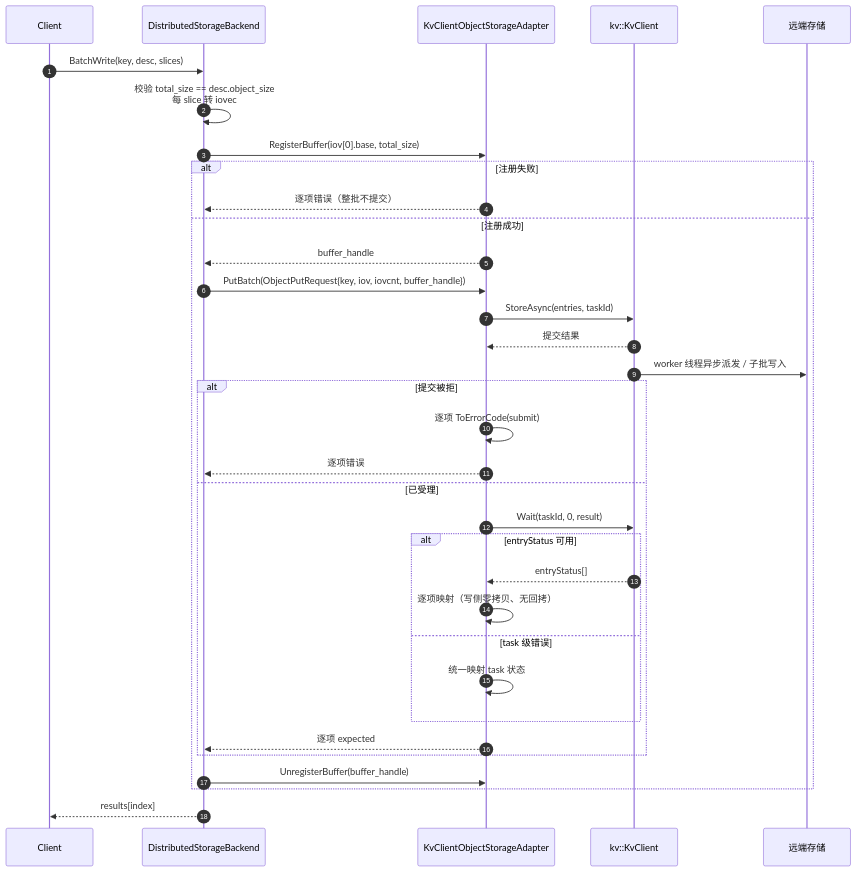
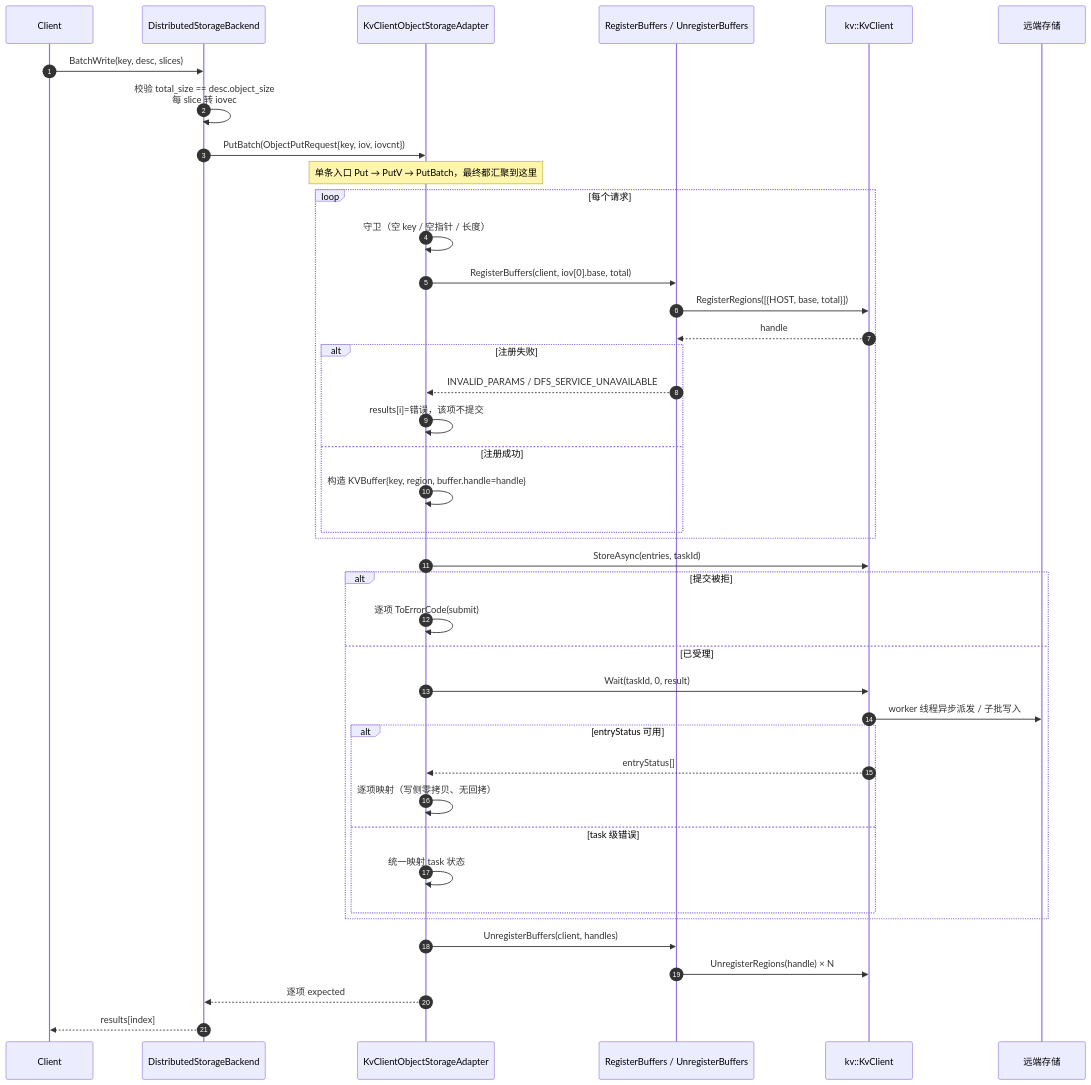
Before and after one commit to zwj20000328-dotcom/Mooncake-documents: the sixth of 11 diagrams in Mooncake + KVClient L3 接入（Kvcs）- PR 实施设计.md, drawn with Mermaid. The commit also changed other lines of this file and 1 other file, not shown here.

First line of the commit message:
docs: register kvclient buffers inside the adapter

````diff
--- a/Mooncake + KVClient L3 接入（Kvcs）- PR 实施设计.md
+++ b/Mooncake + KVClient L3 接入（Kvcs）- PR 实施设计.md
@@ -701,37 +703,44 @@
 ```mermaid
 sequenceDiagram
     autonumber
     participant C as Client
     participant BE as DistributedStorageBackend
     participant AD as KvClientObjectStorageAdapter
+    participant RB as RegisterBuffers / UnregisterBuffers
     participant SDK as kv::KvClient
     participant S as 远端存储
 
     C->>BE: BatchWrite(key, desc, slices)
     BE->>BE: 校验 total_size == desc.object_size<br/>每 slice 转 iovec
-    BE->>AD: RegisterBuffer(iov[0].base, total_size)
-    alt 注册失败
-        AD-->>BE: 逐项错误（整批不提交）
-    else 注册成功
-        AD-->>BE: buffer_handle
-        BE->>AD: PutBatch(ObjectPutRequest{key, iov, iovcnt, buffer_handle})
-        AD->>SDK: StoreAsync(entries, taskId)
-        SDK-->>AD: 提交结果
+    BE->>AD: PutBatch(ObjectPutRequest{key, iov, iovcnt})
+    Note over AD: 单条入口 Put → PutV → PutBatch，最终都汇聚到这里
+    loop 每个请求
+        AD->>AD: 守卫（空 key / 空指针 / 长度）
+        AD->>RB: RegisterBuffers(client, iov[0].base, total)
+        RB->>SDK: RegisterRegions([{HOST, base, total}])
+        SDK-->>RB: handle
+        alt 注册失败
+            RB-->>AD: INVALID_PARAMS / DFS_SERVICE_UNAVAILABLE
+            AD->>AD: results[i]=错误，该项不提交
+        else 注册成功
+            AD->>AD: 构造 KVBuffer{key, region, buffer.handle=handle}
+        end
+    end
+    AD->>SDK: StoreAsync(entries, taskId)
+    alt 提交被拒
+        AD->>AD: 逐项 ToErrorCode(submit)
+    else 已受理
+        AD->>SDK: Wait(taskId, 0, result)
         SDK->>S: worker 线程异步派发 / 子批写入
-        alt 提交被拒
-            AD->>AD: 逐项 ToErrorCode(submit)
-            AD-->>BE: 逐项错误
-        else 已受理
-            AD->>SDK: Wait(taskId, 0, result)
-            alt entryStatus 可用
-                SDK-->>AD: entryStatus[]
-                AD->>AD: 逐项映射（写侧零拷贝、无回拷）
-            else task 级错误
-                AD->>AD: 统一映射 task 状态
-            end
-            AD-->>BE: 逐项 expected
+        alt entryStatus 可用
+            SDK-->>AD: entryStatus[]
+            AD->>AD: 逐项映射（写侧零拷贝、无回拷）
+        else task 级错误
+            AD->>AD: 统一映射 task 状态
         end
-        BE->>AD: UnregisterBuffer(buffer_handle)
     end
+    AD->>RB: UnregisterBuffers(client, handles)
+    RB->>SDK: UnregisterRegions(handle) × N
+    AD-->>BE: 逐项 expected
     BE-->>C: results[index]
 ```
````
